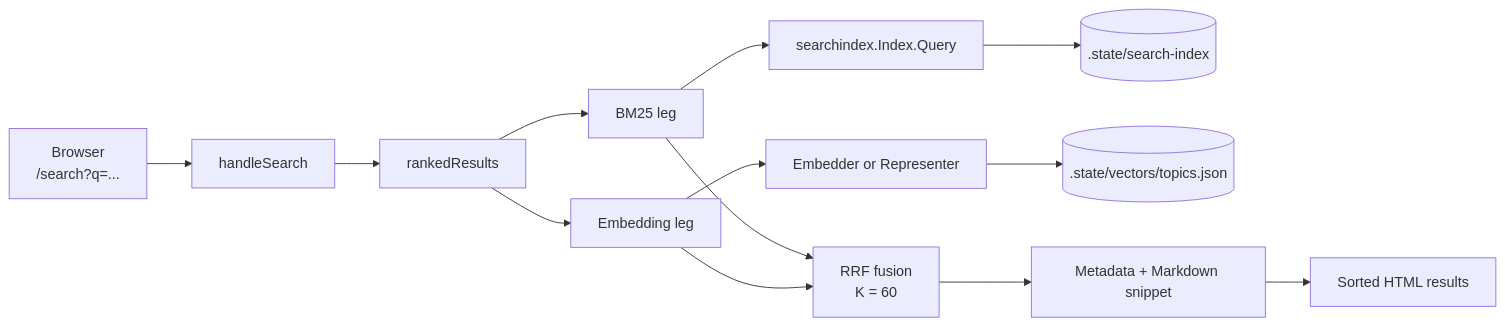
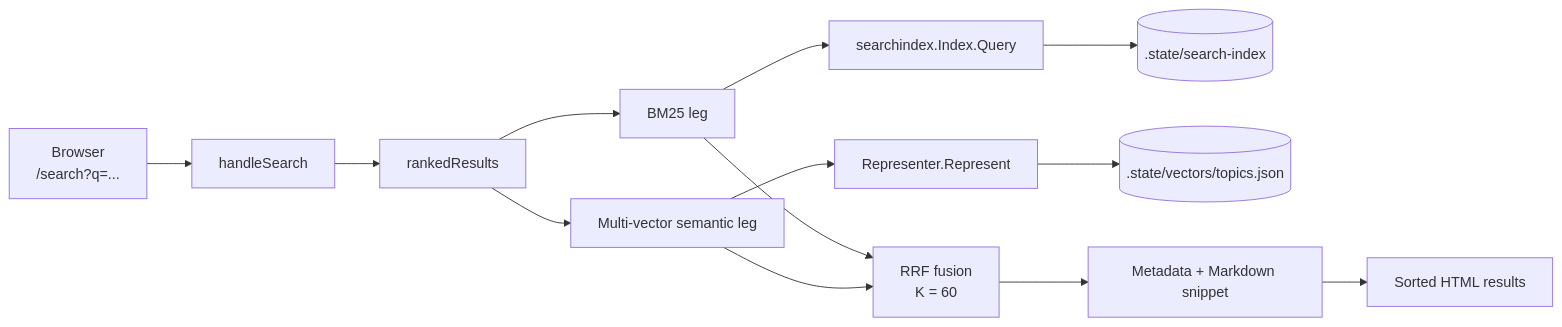
Before and after one commit to fernando143/patro: the first of 6 diagrams in docs/search-architecture.md, drawn with Mermaid. The commit also changed other lines of this file and 9 other files, not shown here.

Commit message:
refactor(search): require multi-vector representations

````diff
--- a/docs/search-architecture.md
+++ b/docs/search-architecture.md
@@ -10,15 +10,15 @@
 ```mermaid
 flowchart LR
     U[Browser\n/search?q=...] --> H[handleSearch]
     H --> R[rankedResults]
     R --> B[BM25 leg]
-    R --> E[Embedding leg]
+    R --> E[Multi-vector semantic leg]
     B --> BI[searchindex.Index.Query]
     BI --> IDX[(.state/search-index)]
-    E --> ER[Embedder or Representer]
+    E --> ER[Representer.Represent]
     ER --> VS[(.state/vectors/topics.json)]
     B --> F[RRF fusion\nK = 60]
     E --> F
     F --> P[Metadata + Markdown snippet]
     P --> O[Sorted HTML results]
 ```
````
